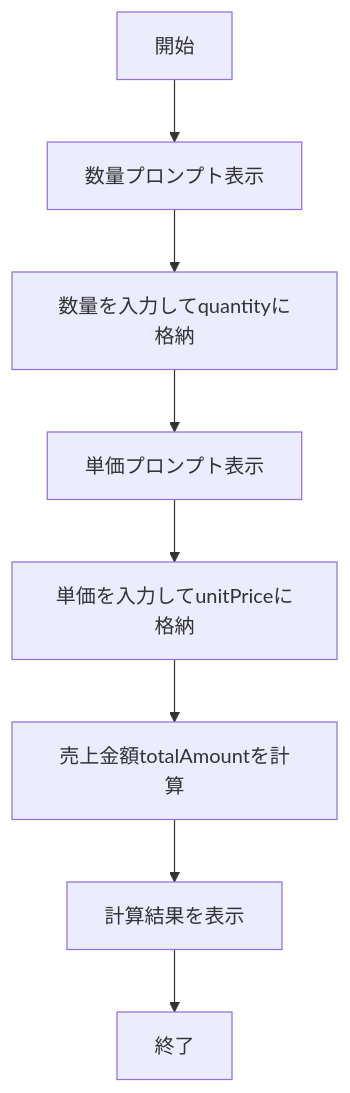
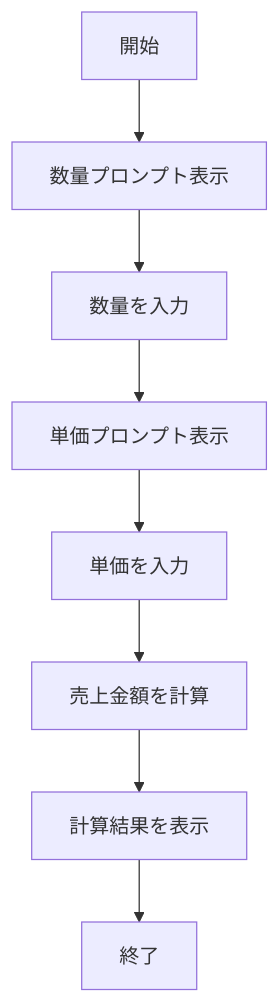
One commit to kanjiz/java-training-design-docs changed the second of 2 diagrams in chapter03/SalesCalculator-README.md. Above: the diagram before and after it, drawn with Mermaid. The commit also changed other lines of this file and 2 other files, not shown here.

````diff
--- a/chapter03/SalesCalculator-README.md
+++ b/chapter03/SalesCalculator-README.md
@@ -54,10 +43,10 @@
 ```mermaid
 flowchart TD
     A[開始] --> B[数量プロンプト表示]
-    B --> C[数量を入力してquantityに格納]
+    B --> C[数量を入力]
     C --> D[単価プロンプト表示]
-    D --> E[単価を入力してunitPriceに格納]
-    E --> F[売上金額totalAmountを計算]
+    D --> E[単価を入力]
+    E --> F[売上金額を計算]
     F --> G[計算結果を表示]
     G --> H[終了]
 ```
````
